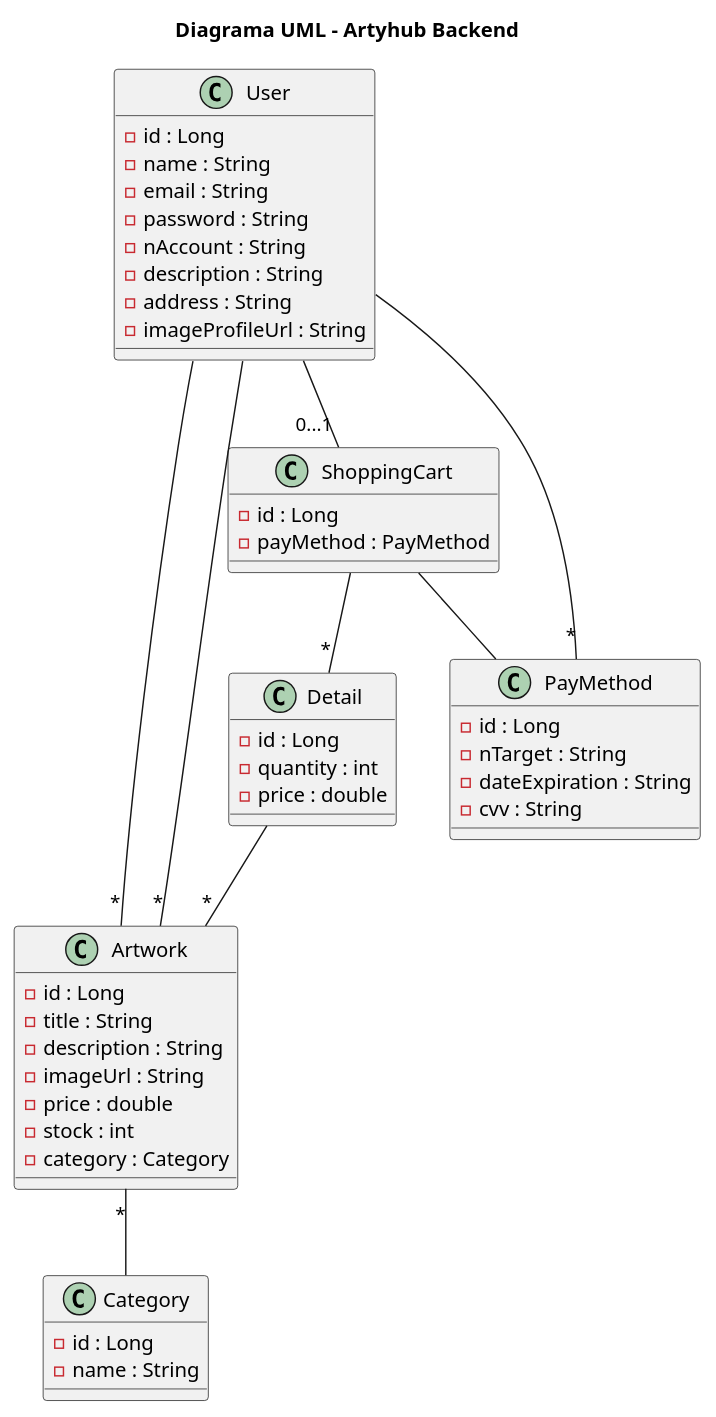
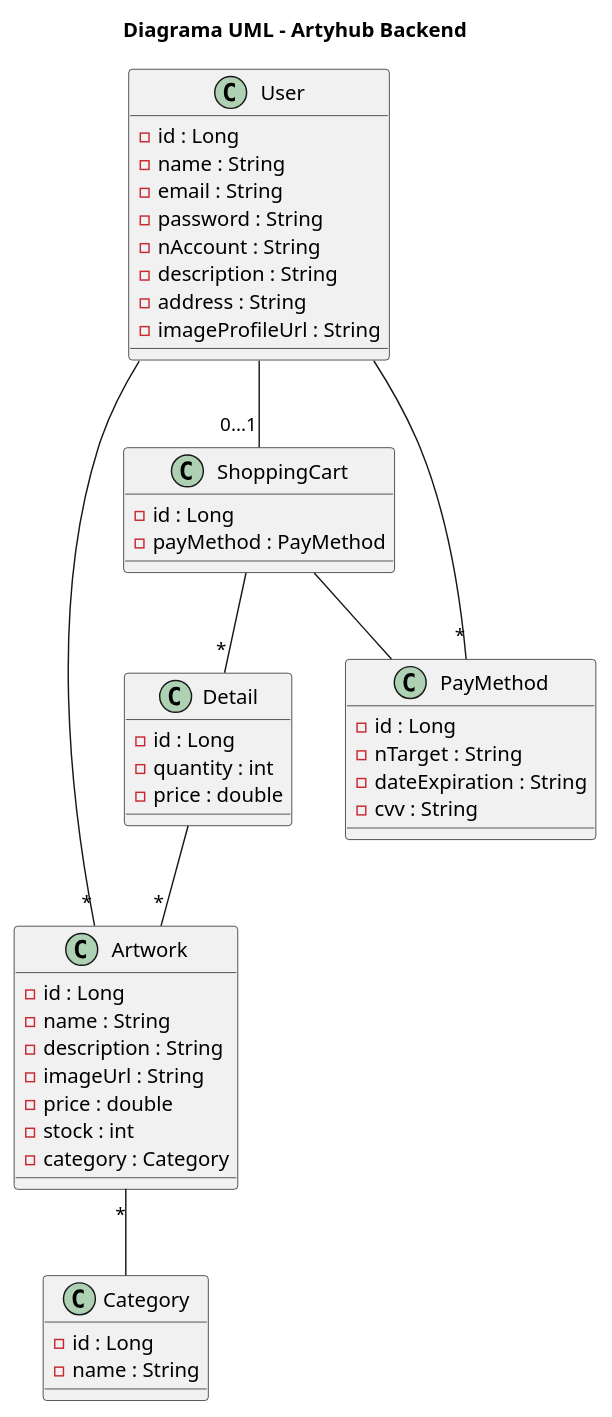
Before and after one commit to ArtyHub-Mislata/tienda-back: the diagram in docs/uml/artyhub-back.puml, drawn with PlantUML. The commit also changed 30 other files, not shown here.

```diff
--- a/docs/uml/artyhub-back.puml
+++ b/docs/uml/artyhub-back.puml
@@ -1,58 +1,57 @@
 @startuml
 
 title Diagrama UML - Artyhub Backend
 
 class User {
     - id : Long
     - name : String
     - email : String
     - password : String
     - nAccount : String
     - description : String
     - address : String
     - imageProfileUrl : String
 }
 
 class Artwork {
     - id : Long
-    - title : String
+    - name : String
     - description : String
     - imageUrl : String
     - price : double
     - stock : int
     - category : Category
 }
 
 class Category {
     - id : Long
     - name : String
 }
 
 class Detail {
     - id : Long
     - quantity : int
     - price : double
 }
 
 class ShoppingCart {
     - id : Long
     - payMethod : PayMethod
 }
 
 class PayMethod {
     - id : Long
     - nTarget : String
     - dateExpiration : String
     - cvv : String
 }
 
 User -- "*" Artwork
 User -- "0...1" ShoppingCart
 ShoppingCart -- "*" Detail
 Detail -- "*" Artwork
-User -- "*" Artwork
 ShoppingCart -- PayMethod
 User -- "*" PayMethod
 Artwork "*" -- Category
 
 @enduml
```
